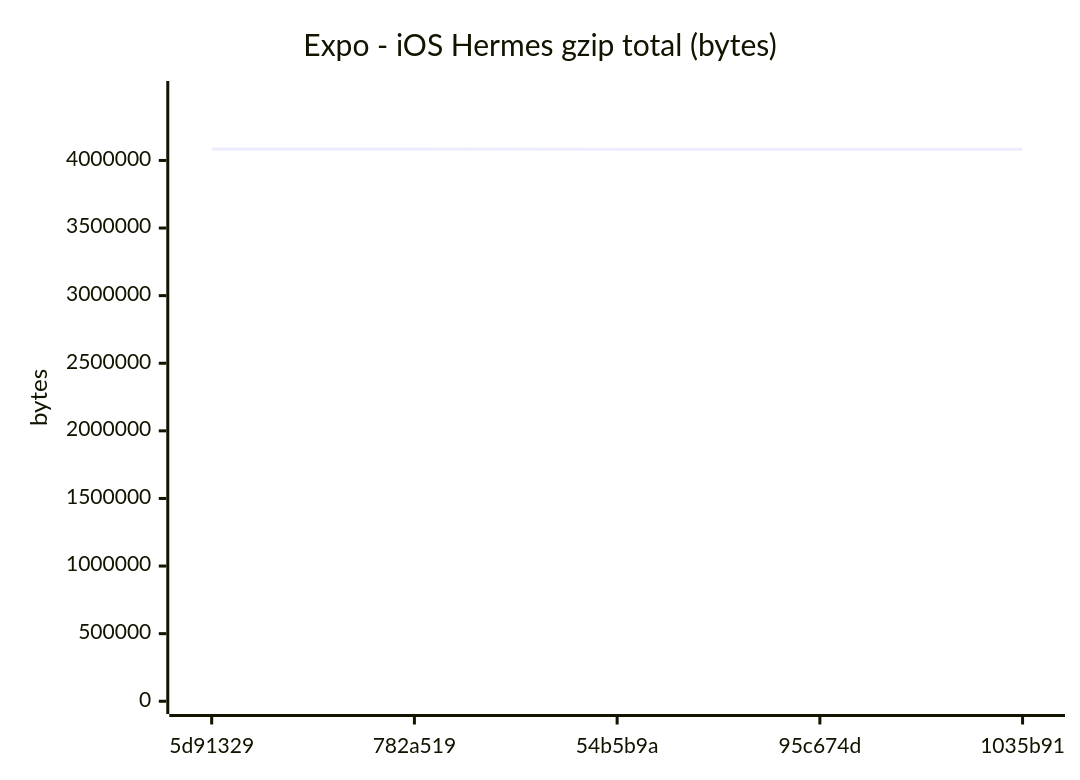
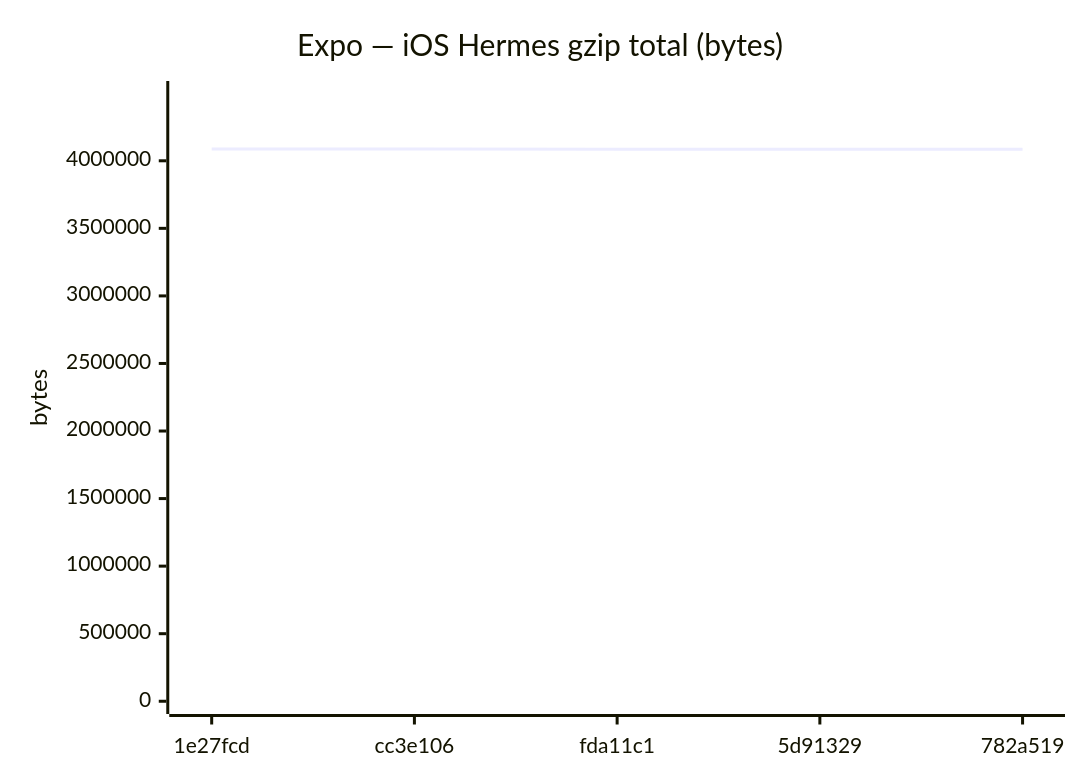
Before and after one commit to Metaheurist/Rianell: diagram 12 of 18 in benchmarks/compare.md, drawn with Mermaid. The commit also changed other lines of this file and 12 other files, not shown here.

````diff
--- a/benchmarks/compare.md
+++ b/benchmarks/compare.md
@@ -179,7 +179,7 @@
 ```mermaid
 xychart-beta
-    title "Expo - iOS Hermes gzip total (bytes)"
-    x-axis ["5d91329", "782a519", "54b5b9a", "95c674d", "1035b91"]
-    y-axis "bytes" 0 --> 4493286
-    line [4084805, 4084677, 4082348, 4083105, 4083108]
+    title "Expo — iOS Hermes gzip total (bytes)"
+    x-axis ["1e27fcd", "cc3e106", "fda11c1", "5d91329", "782a519"]
+    y-axis "bytes" 0 --> 4496159
+    line [4087417, 4087412, 4084812, 4084805, 4084677]
 ```
````
